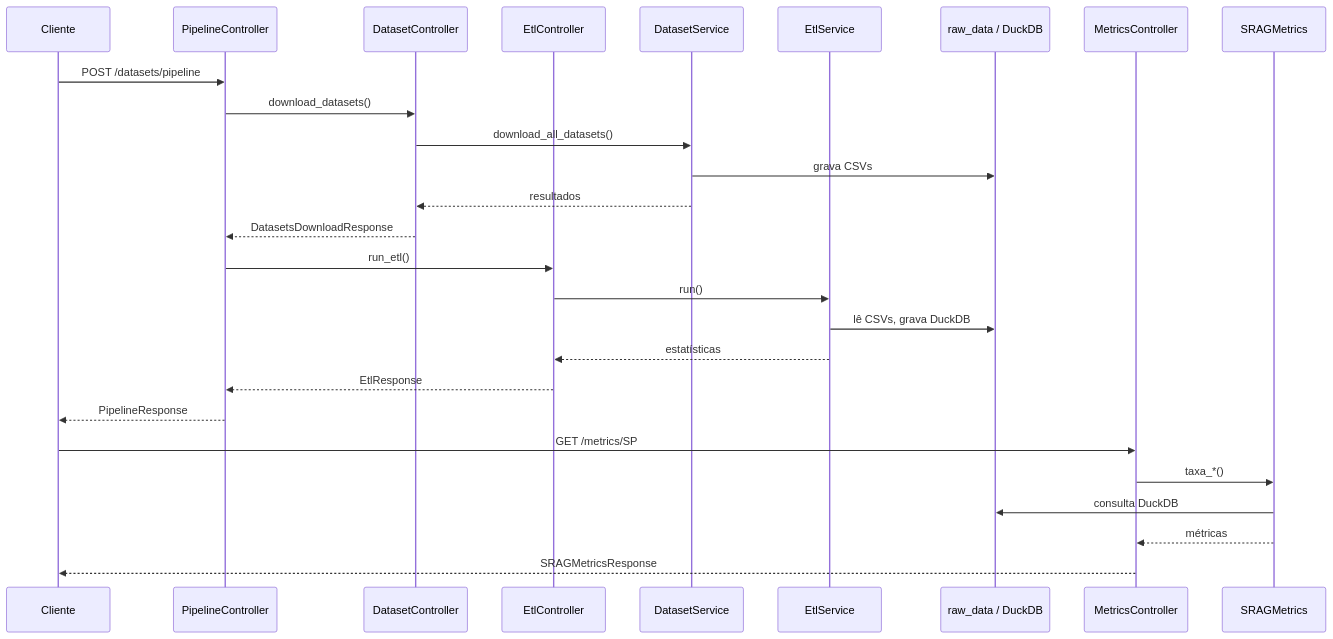
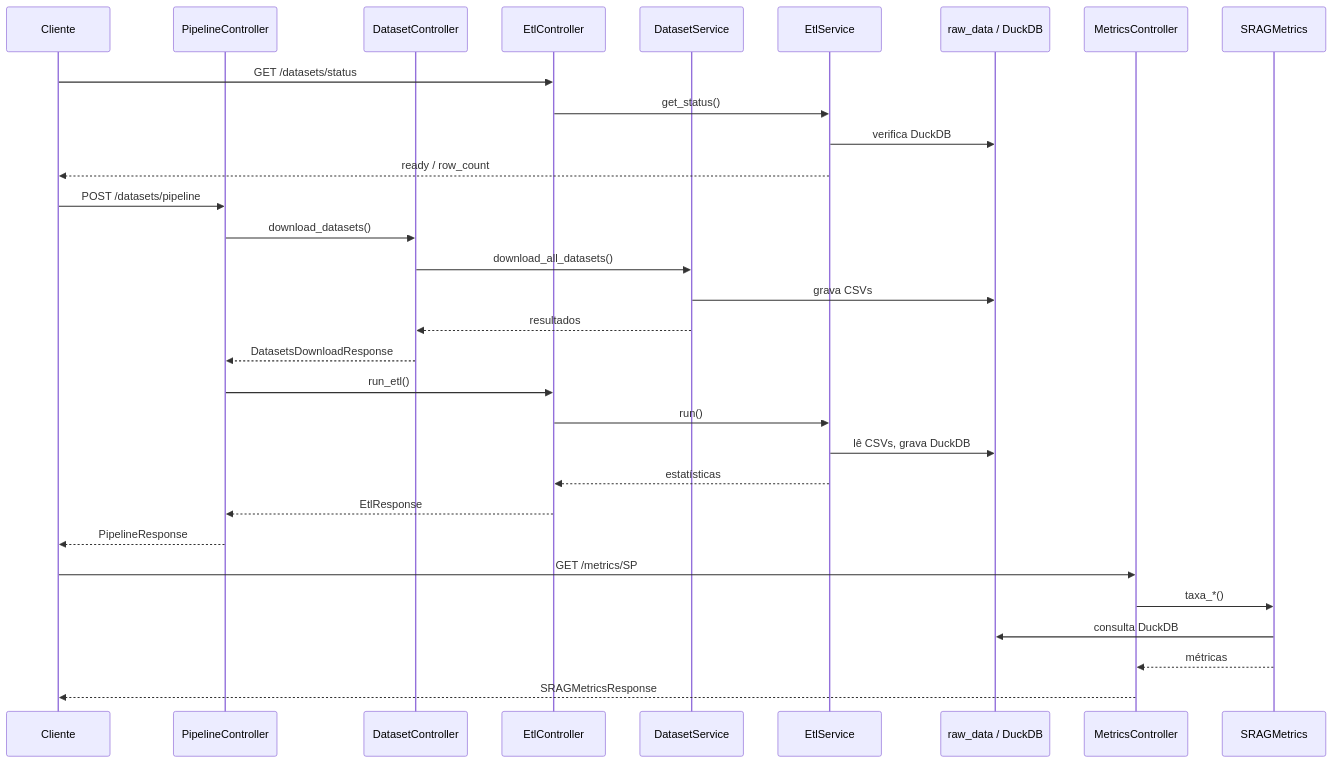
Before and after one commit to johnwsl/srag-data-health-agent-monitor: the second of 3 diagrams in docs/etl_pipeline.md, drawn with Mermaid. The commit also changed other lines of this file and 2 other files, not shown here.

````diff
--- a/docs/etl_pipeline.md
+++ b/docs/etl_pipeline.md
@@ -53,33 +58,38 @@
 ```mermaid
 sequenceDiagram
     participant Cliente
     participant PipelineController
     participant DatasetController
     participant EtlController
     participant DatasetService
     participant EtlService
     participant Disco as raw_data / DuckDB
     participant MetricsController
     participant SRAGMetrics
+
+    Cliente->>EtlController: GET /datasets/status
+    EtlController->>EtlService: get_status()
+    EtlService->>Disco: verifica DuckDB
+    EtlService-->>Cliente: ready / row_count
 
     Cliente->>PipelineController: POST /datasets/pipeline
     PipelineController->>DatasetController: download_datasets()
     DatasetController->>DatasetService: download_all_datasets()
     DatasetService->>Disco: grava CSVs
     DatasetService-->>DatasetController: resultados
     DatasetController-->>PipelineController: DatasetsDownloadResponse
 
     PipelineController->>EtlController: run_etl()
     EtlController->>EtlService: run()
     EtlService->>Disco: lê CSVs, grava DuckDB
     EtlService-->>EtlController: estatísticas
     EtlController-->>PipelineController: EtlResponse
 
     PipelineController-->>Cliente: PipelineResponse
 
     Cliente->>MetricsController: GET /metrics/SP
     MetricsController->>SRAGMetrics: taxa_*()
     SRAGMetrics->>Disco: consulta DuckDB
     SRAGMetrics-->>MetricsController: métricas
     MetricsController-->>Cliente: SRAGMetricsResponse
 ```
````
